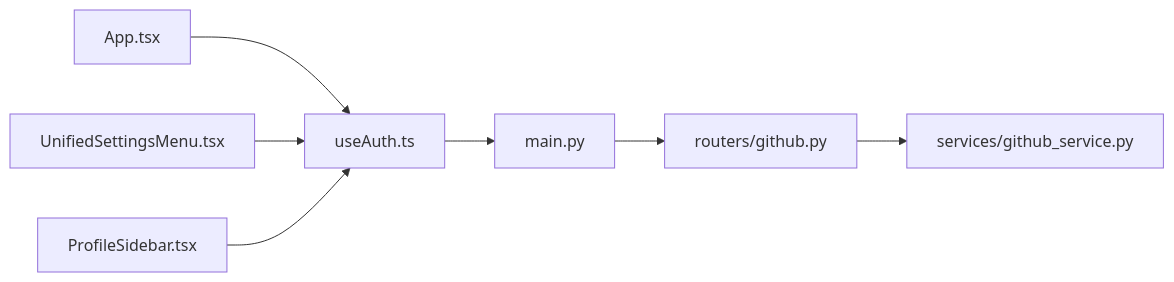
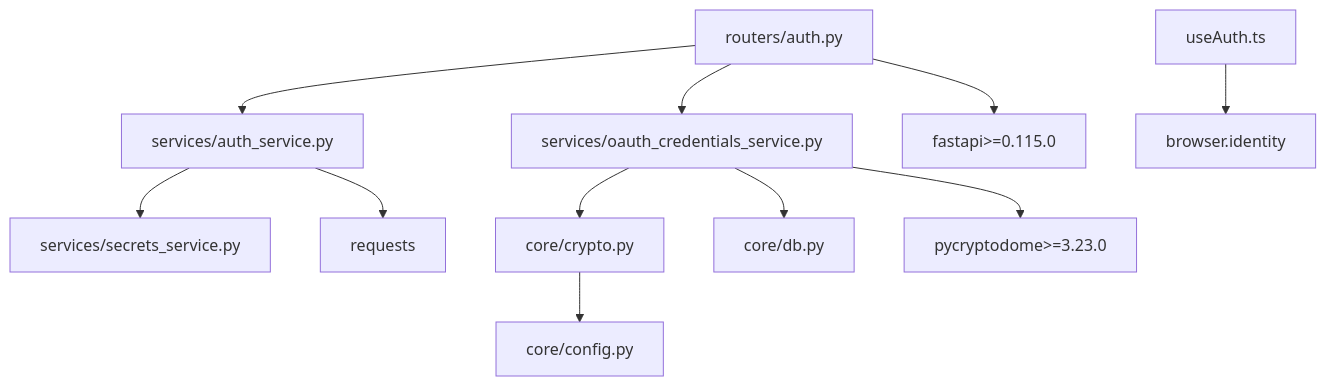
One commit to tashifkhan/tashif.codes changed the sixth of 6 diagrams in src/data/docs/agentic-browser/Browser Extension/Authentication System.md. Above: the diagram before and after it, drawn with Mermaid. The commit also changed other lines of this file and 114 other files, not shown here.

````diff
--- a/src/data/docs/agentic-browser/Browser Extension/Authentication System.md
+++ b/src/data/docs/agentic-browser/Browser Extension/Authentication System.md
@@ -187,9 +184,13 @@
 ```mermaid
-graph LR
-Hook["useAuth.ts"] --> Backend["main.py"]
-Backend --> Routers["routers/github.py"]
-Routers --> Service["services/github_service.py"]
-App["App.tsx"] --> Hook
-Settings["UnifiedSettingsMenu.tsx"] --> Hook
-Sidebar["ProfileSidebar.tsx"] --> Hook
+graph TB
+  Auth["routers/auth.py"] --> AuthSvc["services/auth_service.py"]
+  Auth --> Creds["services/oauth_credentials_service.py"]
+  AuthSvc --> Secrets["services/secrets_service.py"]
+  AuthSvc --> Requests["requests"]
+  Creds --> Crypto["core/crypto.py"]
+  Creds --> DB["core/db.py"]
+  Creds --> PyCrypto["pycryptodome>=3.23.0"]
+  Crypto --> Settings["core/config.py"]
+  Auth --> FastAPI["fastapi>=0.115.0"]
+  Ext["useAuth.ts"] --> BrowserIdentity["browser.identity"]
 ```
````
